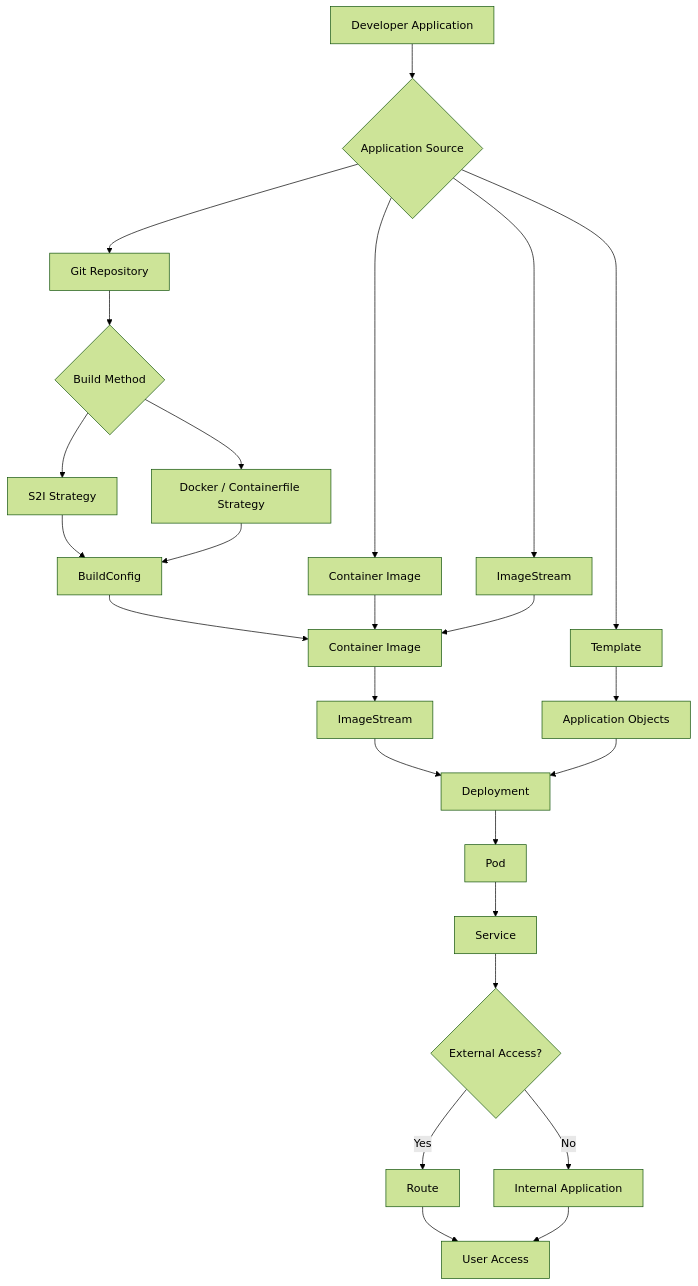
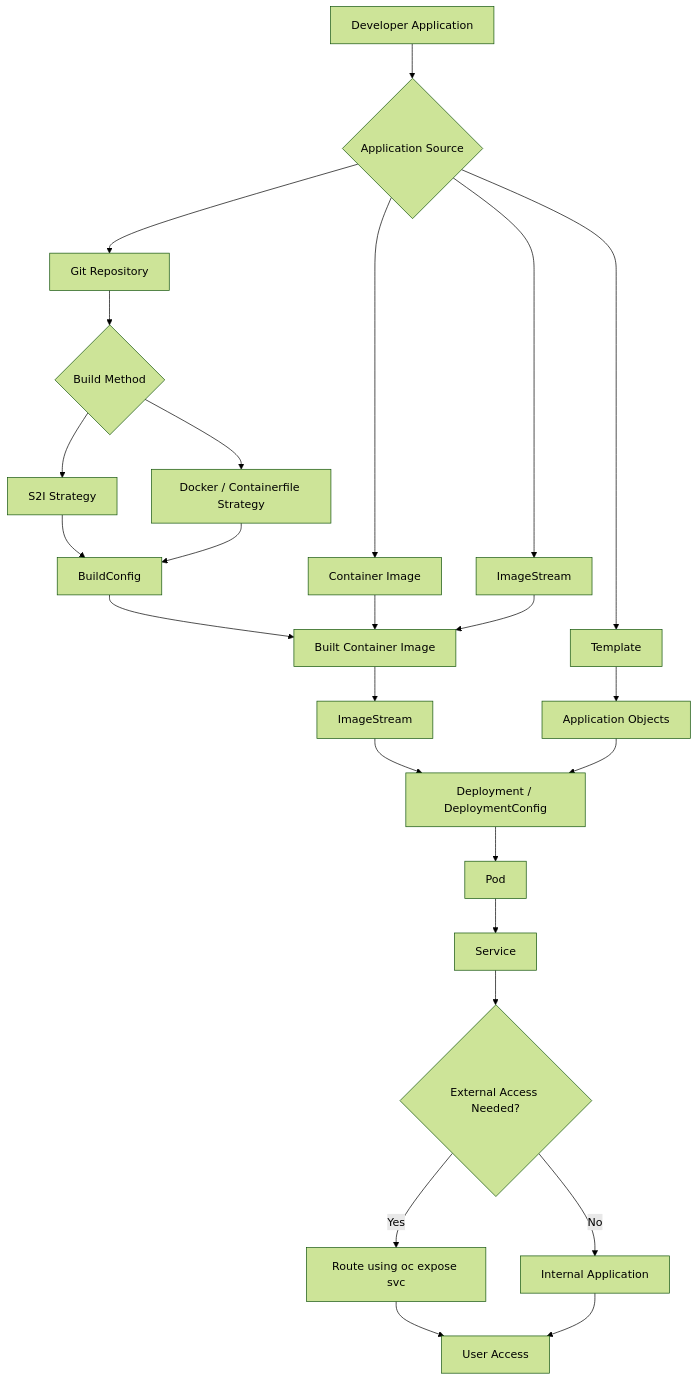
The diagram in DO288/V.4.18/new-app.md (anishrana2001/Openshift), drawn with Mermaid (forest theme) before and after one commit. The commit also changed other lines of this file, not shown here.

````diff
--- a/DO288/V.4.18/new-app.md
+++ b/DO288/V.4.18/new-app.md
@@ -40,44 +49,42 @@
 ```mermaid
 flowchart TD
 
 A[Developer Application] --> B{Application Source}
 
 B --> C[Git Repository]
 B --> D[Container Image]
 B --> E[ImageStream]
 B --> F[Template]
 
 C --> G{Build Method}
 
 G --> H[S2I Strategy]
 G --> I[Docker / Containerfile Strategy]
 
 H --> J[BuildConfig]
 I --> J
 
-J --> K[Container Image]
+J --> K[Built Container Image]
 
 D --> K
 E --> K
 
 K --> L[ImageStream]
 
 F --> M[Application Objects]
 
-L --> N[Deployment]
-
+L --> N[Deployment / DeploymentConfig]
 M --> N
 
 N --> O[Pod]
 
 O --> P[Service]
 
-P --> Q{External Access?}
+P --> Q{External Access Needed?}
 
-Q -->|Yes| R[Route]
-
+Q -->|Yes| R[Route using oc expose svc]
 Q -->|No| S[Internal Application]
 
 R --> T[User Access]
 S --> T
 ```
````
